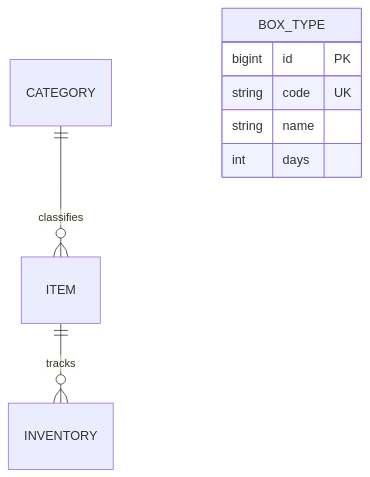
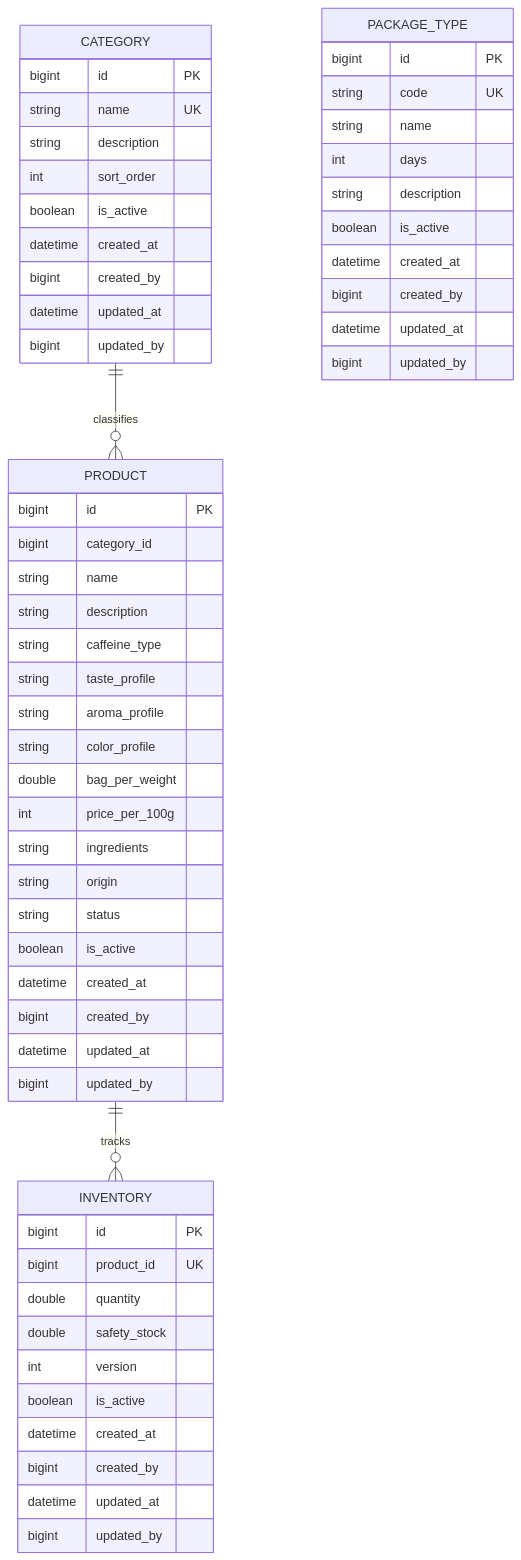
Before and after one commit to jay05410/hanghae10-for-study: the fourth of 8 diagrams in ecommerce/docs/api/data-models.md, drawn with Mermaid. The commit also changed other lines of this file, not shown here.

Commit message:
docs: ERD 개선(FK 제거 및 필요 테이블, 컬럼 추가)

````diff
--- a/ecommerce/docs/api/data-models.md
+++ b/ecommerce/docs/api/data-models.md
@@ -340,11 +502,64 @@
 ```mermaid
 erDiagram
-    CATEGORY ||--o{ ITEM : classifies
-    ITEM ||--o{ INVENTORY : tracks
-    BOX_TYPE {
+    CATEGORY ||--o{ PRODUCT : "classifies"
+    PRODUCT ||--o{ INVENTORY : "tracks"
+
+    CATEGORY {
+        bigint id PK
+        string name UK
+        string description
+        int sort_order
+        boolean is_active
+        datetime created_at
+        bigint created_by
+        datetime updated_at
+        bigint updated_by
+    }
+
+    PRODUCT {
+        bigint id PK
+        bigint category_id
+        string name
+        string description
+        string caffeine_type
+        string taste_profile
+        string aroma_profile
+        string color_profile
+        double bag_per_weight
+        int price_per_100g
+        string ingredients
+        string origin
+        string status
+        boolean is_active
+        datetime created_at
+        bigint created_by
+        datetime updated_at
+        bigint updated_by
+    }
+
+    INVENTORY {
+        bigint id PK
+        bigint product_id UK
+        double quantity
+        double safety_stock
+        int version
+        boolean is_active
+        datetime created_at
+        bigint created_by
+        datetime updated_at
+        bigint updated_by
+    }
+
+    PACKAGE_TYPE {
         bigint id PK
         string code UK
         string name
         int days
+        string description
+        boolean is_active
+        datetime created_at
+        bigint created_by
+        datetime updated_at
+        bigint updated_by
     }
 ```
````
